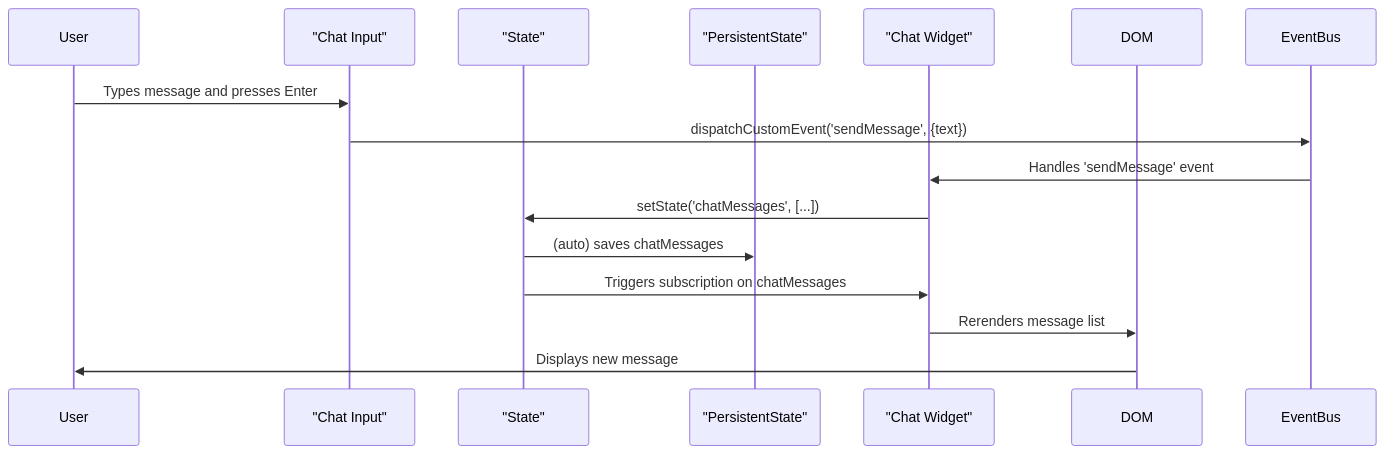
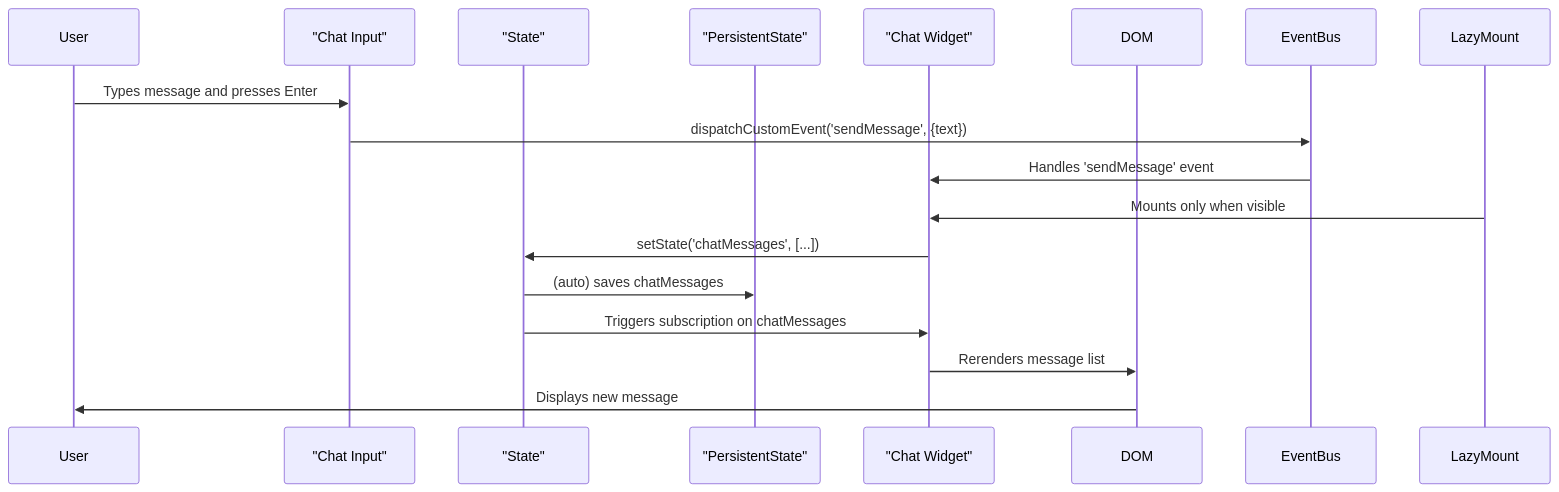
The second of 2 diagrams in framework/docs/architecture.md (TatianaVeda/frontend-framework), drawn with Mermaid before and after one commit. The commit also changed other lines of this file, not shown here.

Commit message:
docs(architecture): clarify and expand module descriptions, update architecture diagram

````diff
--- a/framework/docs/architecture.md
+++ b/framework/docs/architecture.md
@@ -105,19 +91,21 @@
 ```mermaid
 sequenceDiagram
   participant User
   participant ChatInput as "Chat Input"
   participant State as "State"
   participant PersistentState as "PersistentState"
   participant ChatWidget as "Chat Widget"
   participant DOM
   participant EventBus
+  participant LazyMount
 
   User->>ChatInput: Types message and presses Enter
   ChatInput->>EventBus: dispatchCustomEvent('sendMessage', {text})
   EventBus->>ChatWidget: Handles 'sendMessage' event
+  LazyMount->>ChatWidget: Mounts only when visible
   ChatWidget->>State: setState('chatMessages', [...])
   State->>PersistentState: (auto) saves chatMessages
   State->>ChatWidget: Triggers subscription on chatMessages
   ChatWidget->>DOM: Rerenders message list
   DOM->>User: Displays new message
 ```
````
